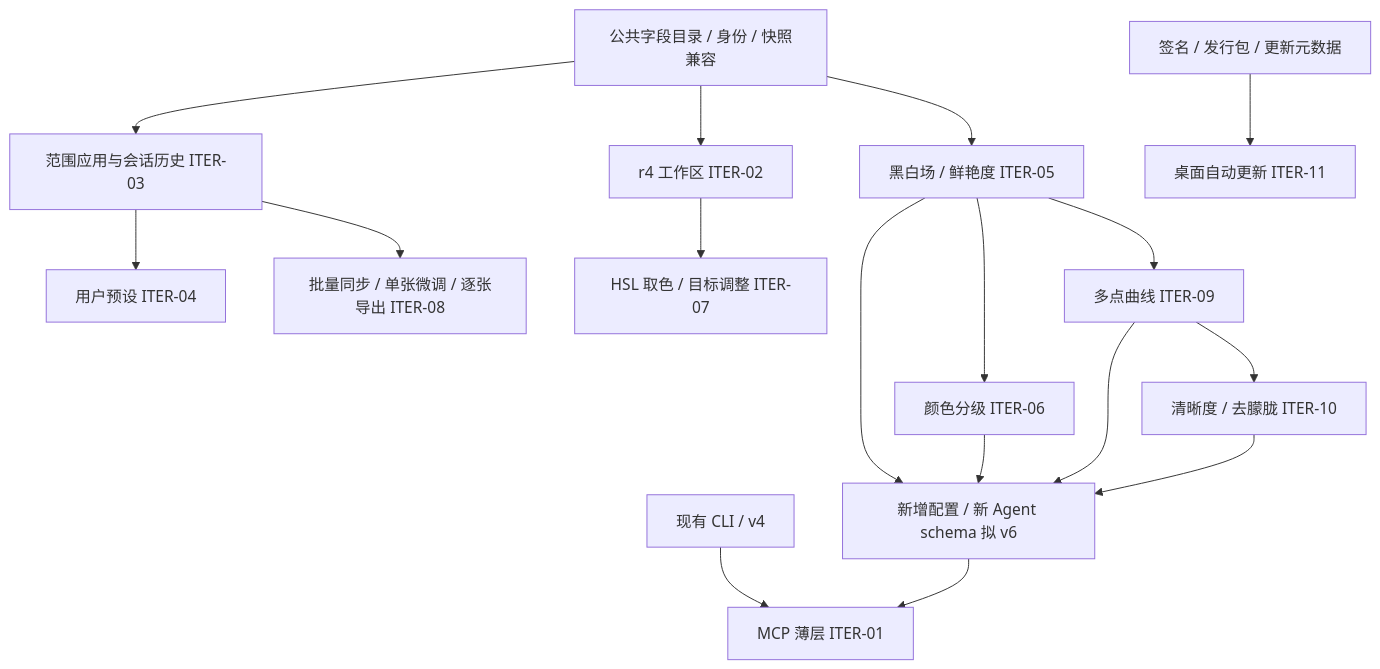
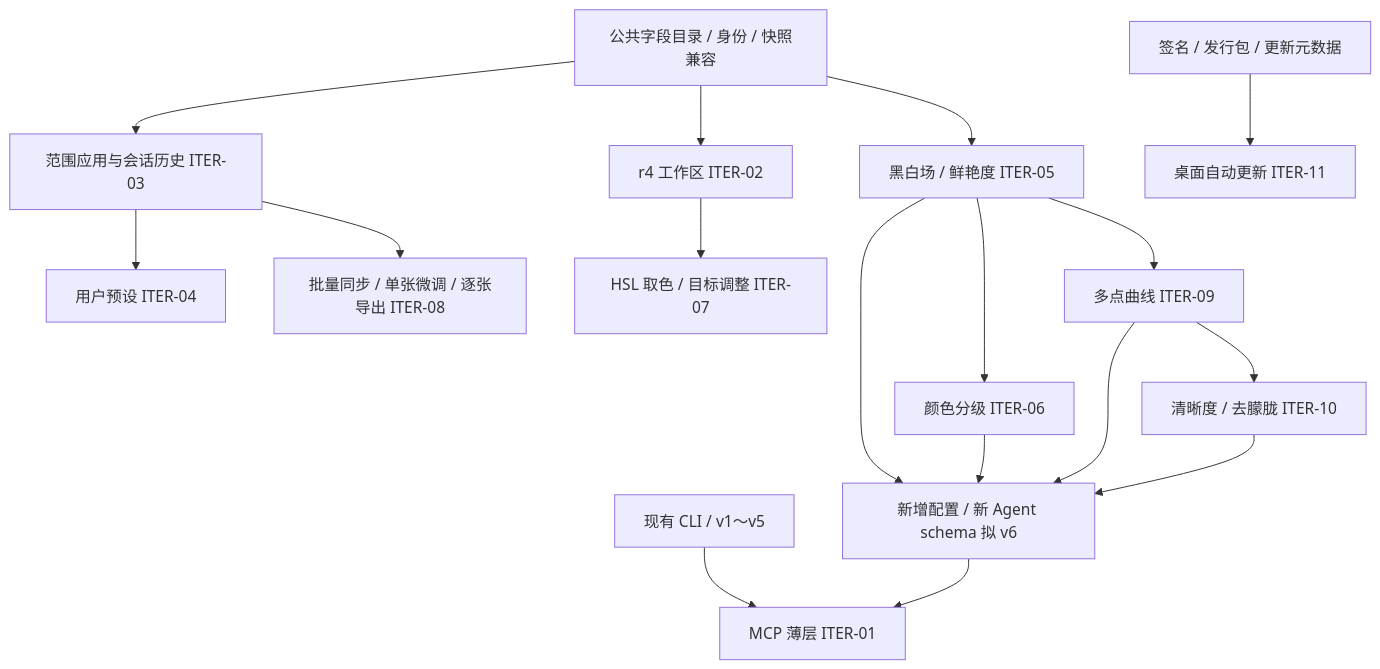
One commit to dancancer/RawLab changed the diagram in docs/design/editing-iteration/technical-design.md. Above: the diagram before and after it, drawn with Mermaid. The commit also changed other lines of this file and 3 other files, not shown here.

````diff
--- a/docs/design/editing-iteration/technical-design.md
+++ b/docs/design/editing-iteration/technical-design.md
@@ -20,19 +20,19 @@
 ```mermaid
 flowchart TD
     C[公共字段目录 / 身份 / 快照兼容] --> UI[r4 工作区 ITER-02]
     C --> P[范围应用与会话历史 ITER-03]
     P --> U[用户预设 ITER-04]
     P --> B[批量同步 / 单张微调 / 逐张导出 ITER-08]
     C --> T[黑白场 / 鲜艳度 ITER-05]
     T --> G[颜色分级 ITER-06]
     UI --> H[HSL 取色 / 目标调整 ITER-07]
     T --> Q[多点曲线 ITER-09]
     Q --> A[清晰度 / 去朦胧 ITER-10]
-    CLI[现有 CLI / v4] --> M[MCP 薄层 ITER-01]
+    CLI[现有 CLI / v1～v5] --> M[MCP 薄层 ITER-01]
     T --> V[新增配置 / 新 Agent schema 拟 v6]
     G --> V
     Q --> V
     A --> V
     V --> M
     R[签名 / 发行包 / 更新元数据] --> D[桌面自动更新 ITER-11]
 ```
````
